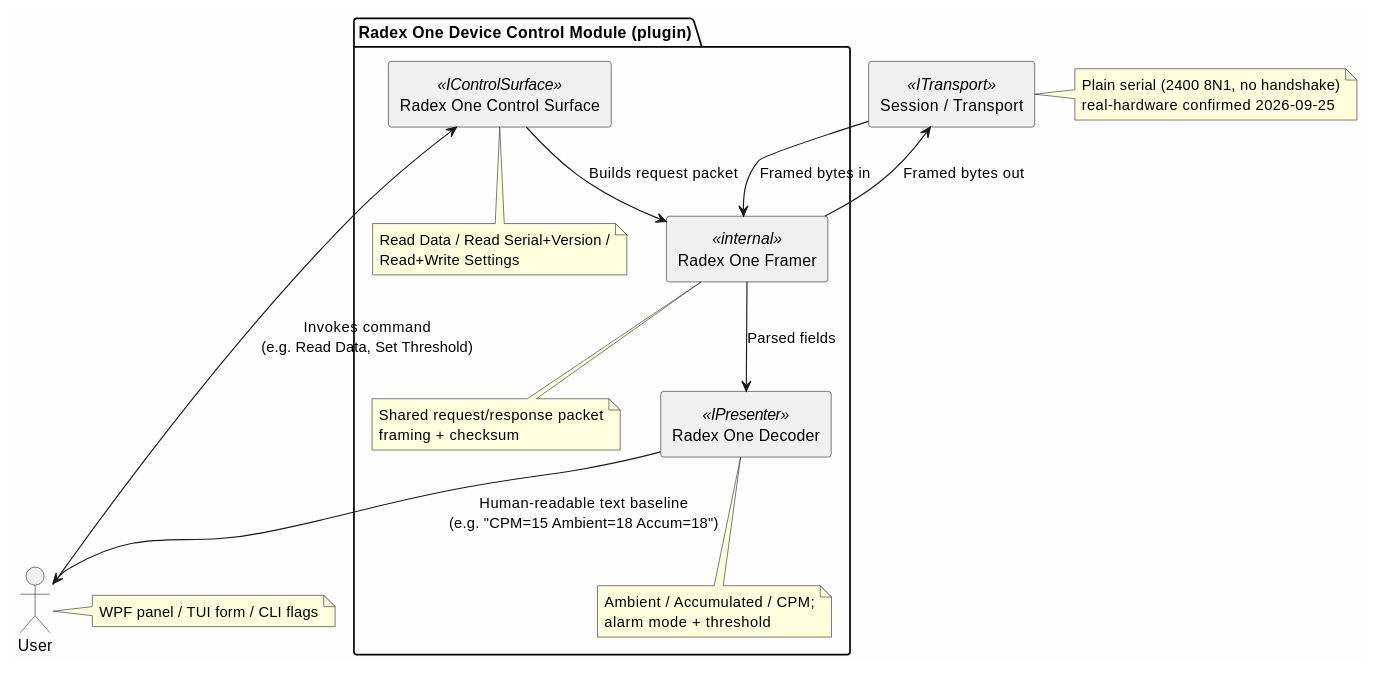
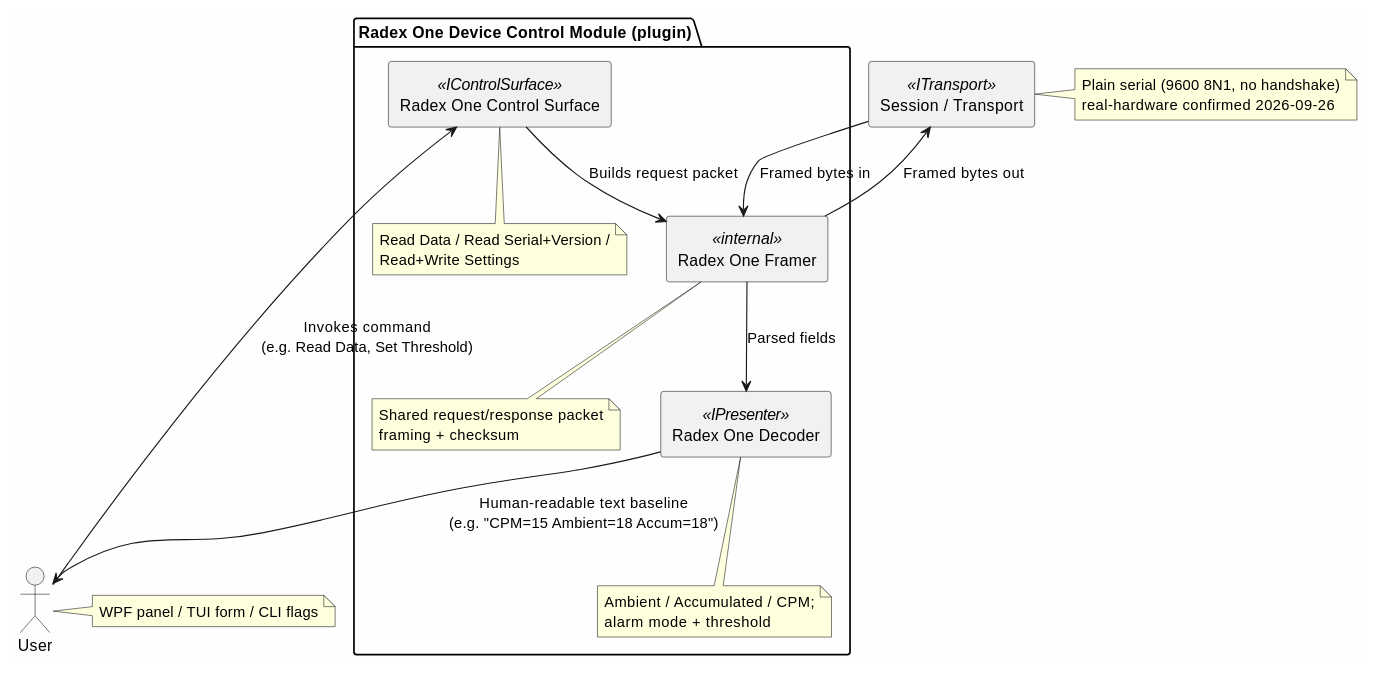
Before and after one commit to OutOfBandDevelopment/dev-term: the diagram in docs/design/proposals/radex-one-protocol.md, drawn with PlantUML. The commit also changed other lines of this file and 10 other files, not shown here.

````diff
--- a/docs/design/proposals/radex-one-protocol.md
+++ b/docs/design/proposals/radex-one-protocol.md
@@ -129,28 +134,28 @@
 ```plantuml
 @startuml
 skinparam componentStyle rectangle
 skinparam backgroundColor #FEFEFE
 
 actor "User" as user
 note right of user : WPF panel / TUI form / CLI flags
 
 package "Radex One Device Control Module (plugin)" {
   [Radex One Control Surface] <<IControlSurface>> as surface
   note bottom of surface : Read Data / Read Serial+Version /\nRead+Write Settings
   [Radex One Framer] <<internal>> as framer
   note bottom of framer : Shared request/response packet\nframing + checksum
   [Radex One Decoder] <<IPresenter>> as decoder
   note bottom of decoder : Ambient / Accumulated / CPM;\nalarm mode + threshold
 }
 
 [Session / Transport] <<ITransport>> as transport
-note right of transport : Plain serial (2400 8N1, no handshake)\nreal-hardware confirmed 2026-09-25
+note right of transport : Plain serial (9600 8N1, no handshake)\nreal-hardware confirmed 2026-09-26
 
 user --> surface : Invokes command\n(e.g. Read Data, Set Threshold)
 surface --> framer : Builds request packet
 framer --> transport : Framed bytes out
 transport --> framer : Framed bytes in
 framer --> decoder : Parsed fields
 decoder --> user : Human-readable text baseline\n(e.g. "CPM=15 Ambient=18 Accum=18")
 @enduml
 ```
````
